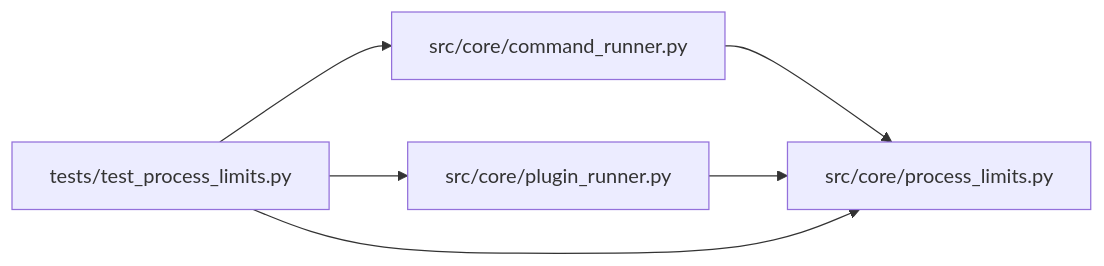
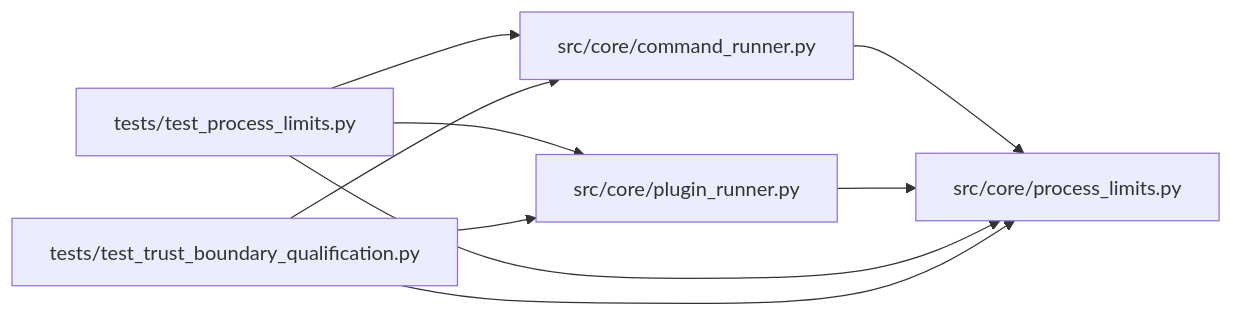
The diagram in docs/llm_wiki/modules/process_limits.md (Denissvgn/autoresearch-agent), drawn with Mermaid before and after one commit. The commit also changed other lines of this file and 31 other files, not shown here.

Commit message:
docs(wiki): sync pages for the trusted execution boundary qualification

````diff
--- a/docs/llm_wiki/modules/process_limits.md
+++ b/docs/llm_wiki/modules/process_limits.md
@@ -58,16 +58,21 @@
 ```mermaid
 flowchart LR
     n0["src/core/command_runner.py"]
     n1["src/core/plugin_runner.py"]
     n2["src/core/process_limits.py"]
     n3["tests/test_process_limits.py"]
+    n4["tests/test_trust_boundary_qualification.py"]
     n0 --> n2
     n1 --> n2
     n3 --> n0
     n3 --> n1
     n3 --> n2
+    n4 --> n0
+    n4 --> n1
+    n4 --> n2
     click n0 "../modules/command_runner.md"
     click n1 "../modules/plugin_runner.md"
     click n2 "../modules/process_limits.md"
     click n3 "../modules/test_process_limits.md"
+    click n4 "../modules/test_trust_boundary_qualification.md"
 ```
````
